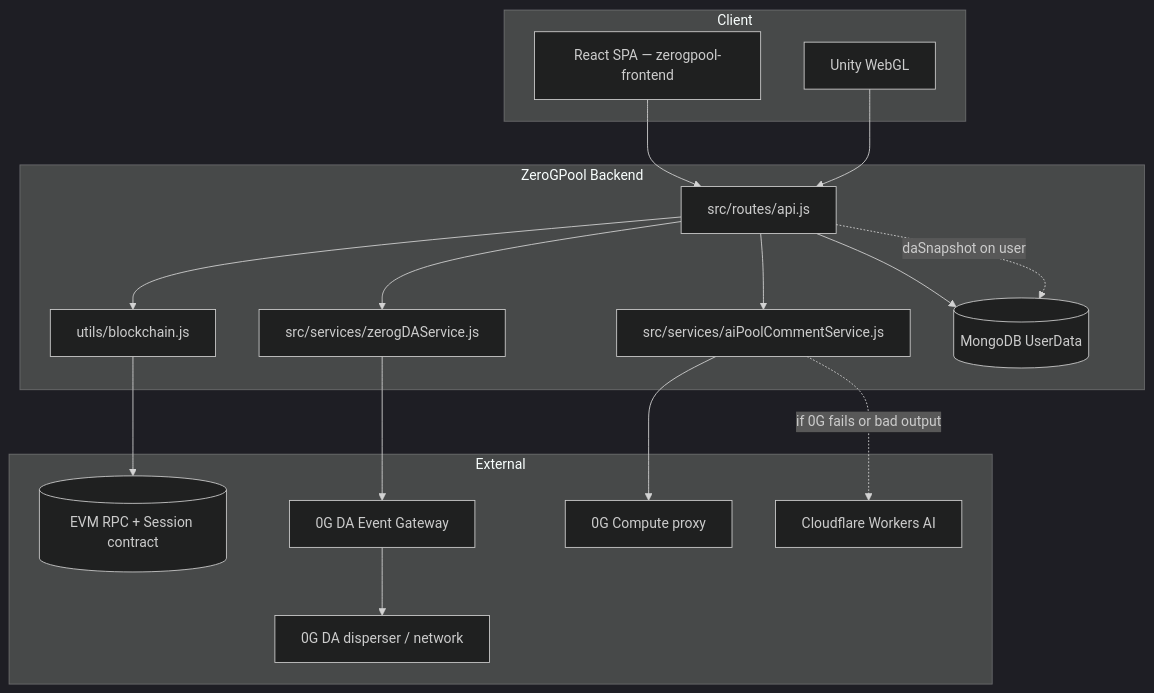
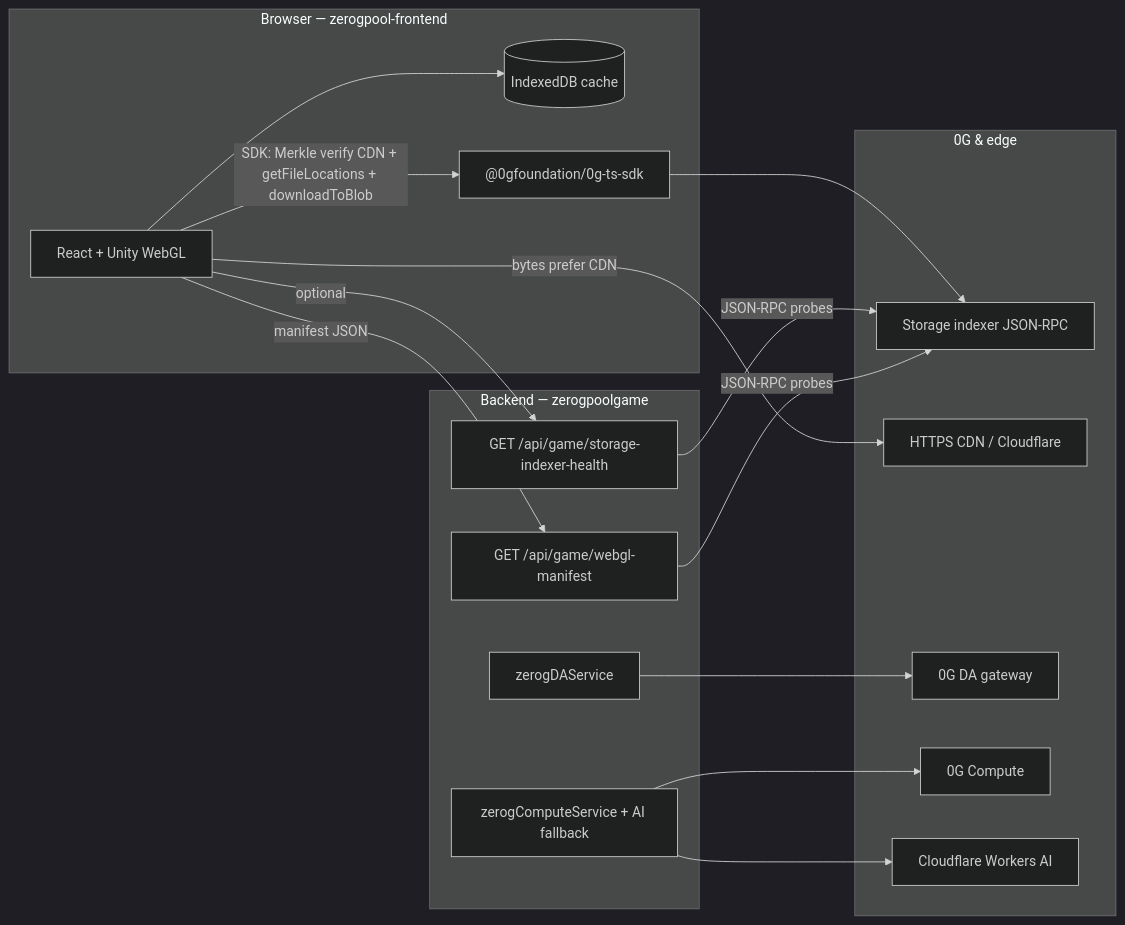
The diagram in 0G_INTEGRATION.md (potassiumdichromate/zerogpoolgame), drawn with Mermaid (dark theme) before and after one commit. The commit also changed other lines of this file and 1 other file, not shown here.

Commit message:
docs: rewrite 0G_INTEGRATION.md and README with concise 0G architecture overview

````diff
--- a/0G_INTEGRATION.md
+++ b/0G_INTEGRATION.md
@@ -17,36 +9,32 @@
 ```mermaid
-flowchart TB
-  subgraph client [Client]
-    Web[React SPA — zerogpool-frontend]
-    Game[Unity WebGL]
+flowchart LR
+  subgraph browser [Browser — zerogpool-frontend]
+    FE[React + Unity WebGL]
+    IDB[(IndexedDB cache)]
+    SDK["@0gfoundation/0g-ts-sdk"]
   end
-
-  subgraph backend [ZeroGPool Backend]
-    API[src/routes/api.js]
-    BC[utils/blockchain.js]
-    DA[src/services/zerogDAService.js]
-    AI[src/services/aiPoolCommentService.js]
-    Mongo[(MongoDB UserData)]
+  subgraph api [Backend — zerogpoolgame]
+    M["GET /api/game/webgl-manifest"]
+    H["GET /api/game/storage-indexer-health"]
+    DA[zerogDAService]
+    AI[zerogComputeService + AI fallback]
   end
-
-  subgraph external [External]
-    EVM[(EVM RPC + Session contract)]
-    Gateway[0G DA Event Gateway]
-    Disperser[0G DA disperser / network]
-    ZGC[0G Compute proxy]
+  subgraph external [0G & edge]
+    IDX[Storage indexer JSON-RPC]
+    CDN[HTTPS CDN / Cloudflare]
+    DAG[0G DA gateway]
+    CMP[0G Compute]
     CF[Cloudflare Workers AI]
   end
-
-  Web --> API
-  Game --> API
-  API --> Mongo
-  API --> BC
-  API --> DA
-  API --> AI
-  BC --> EVM
-  DA --> Gateway
-  Gateway --> Disperser
-  AI --> ZGC
-  AI -.->|if 0G fails or bad output| CF
-  API -.->|daSnapshot on user| Mongo
+  FE -->|manifest JSON| M
+  FE -->|optional| H
+  M -->|JSON-RPC probes| IDX
+  H -->|JSON-RPC probes| IDX
+  FE -->|bytes prefer CDN| CDN
+  FE -->|SDK: Merkle verify CDN + getFileLocations + downloadToBlob| SDK
+  SDK --> IDX
+  FE --> IDB
+  DA --> DAG
+  AI --> CMP
+  AI --> CF
 ```
````
